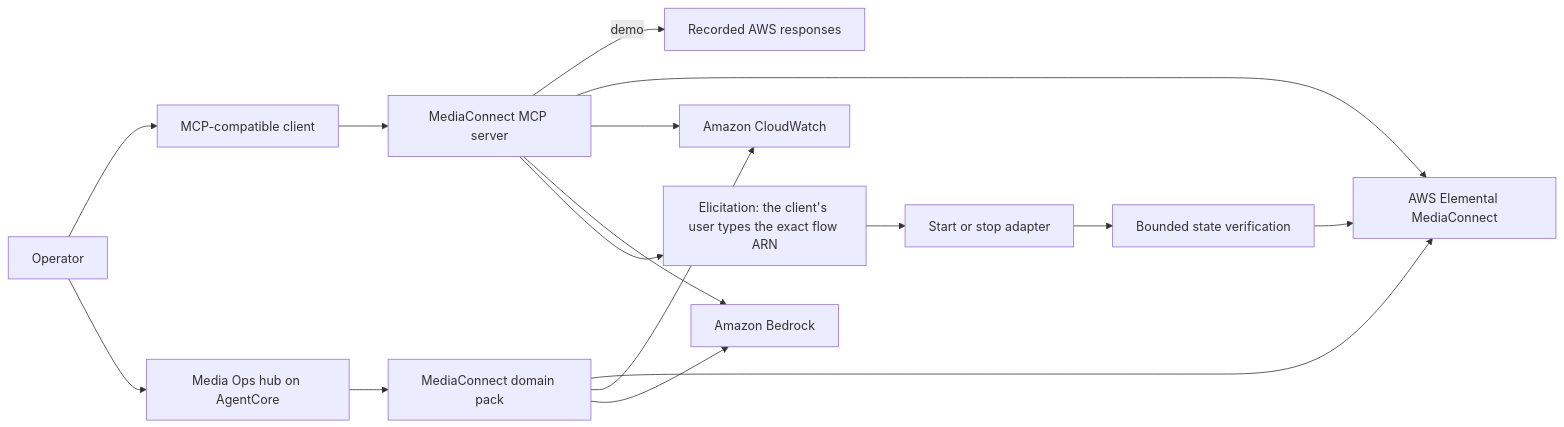
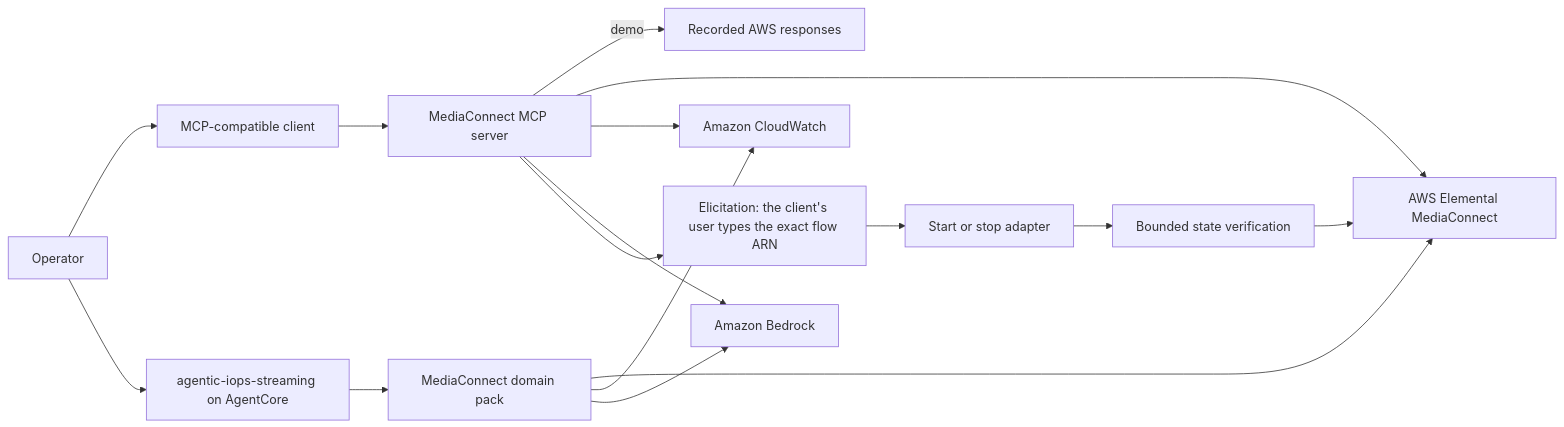
Before and after one commit to aws-samples/sample-agentic-video-operations: the diagram in samples/mediaconnect/README.md, drawn with Mermaid. The commit also changed other lines of this file and 280 other files, not shown here.

````diff
--- a/samples/mediaconnect/README.md
+++ b/samples/mediaconnect/README.md
@@ -22,19 +22,19 @@
 ```mermaid
 flowchart LR
     Operator --> Client[MCP-compatible client]
     Client --> Server[MediaConnect MCP server]
     Server -->|demo| Fixtures[Recorded AWS responses]
-    Operator --> Hub[Media Ops hub on AgentCore]
-    Hub --> Pack[MediaConnect domain pack]
+    Operator --> Agent[agentic-iops-streaming on AgentCore]
+    Agent --> Pack[MediaConnect domain pack]
     Server --> MC[AWS Elemental MediaConnect]
     Server --> CW[Amazon CloudWatch]
     Server --> BR[Amazon Bedrock]
     Pack --> MC
     Pack --> CW
     Pack --> BR
 
     Server --> Confirm[Elicitation: the client's user types the exact flow ARN]
     Confirm --> Write[Start or stop adapter]
     Write --> Verify[Bounded state verification]
     Verify --> MC
 ```
````
